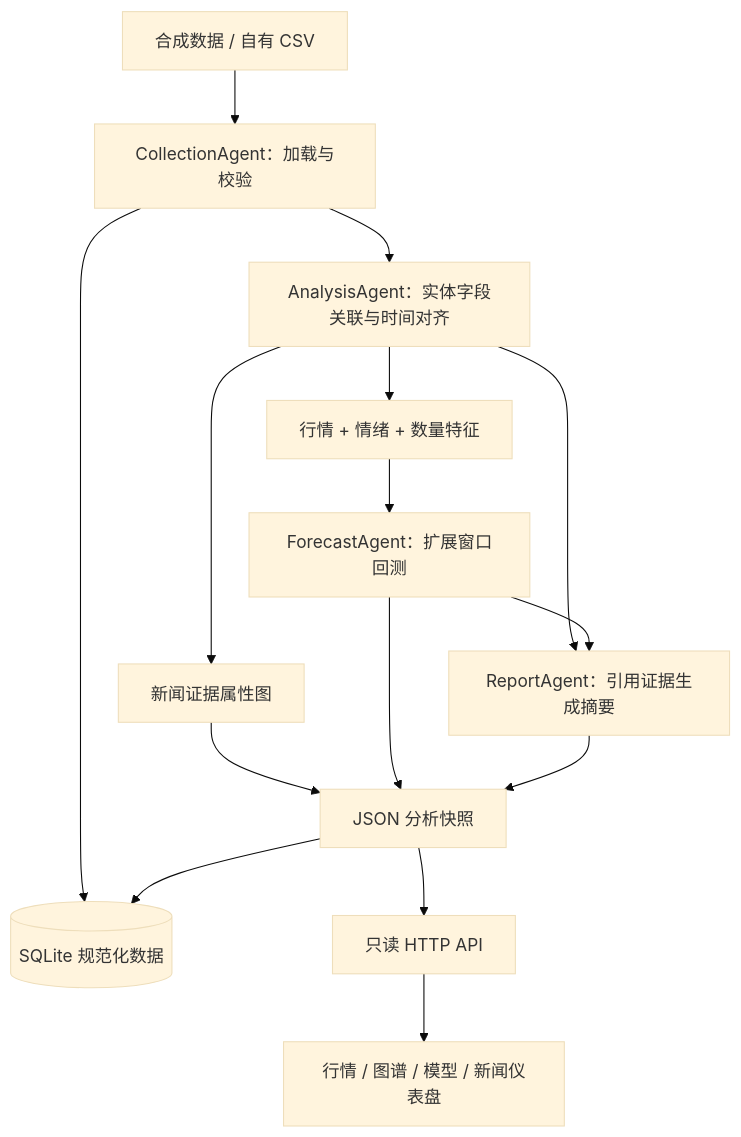
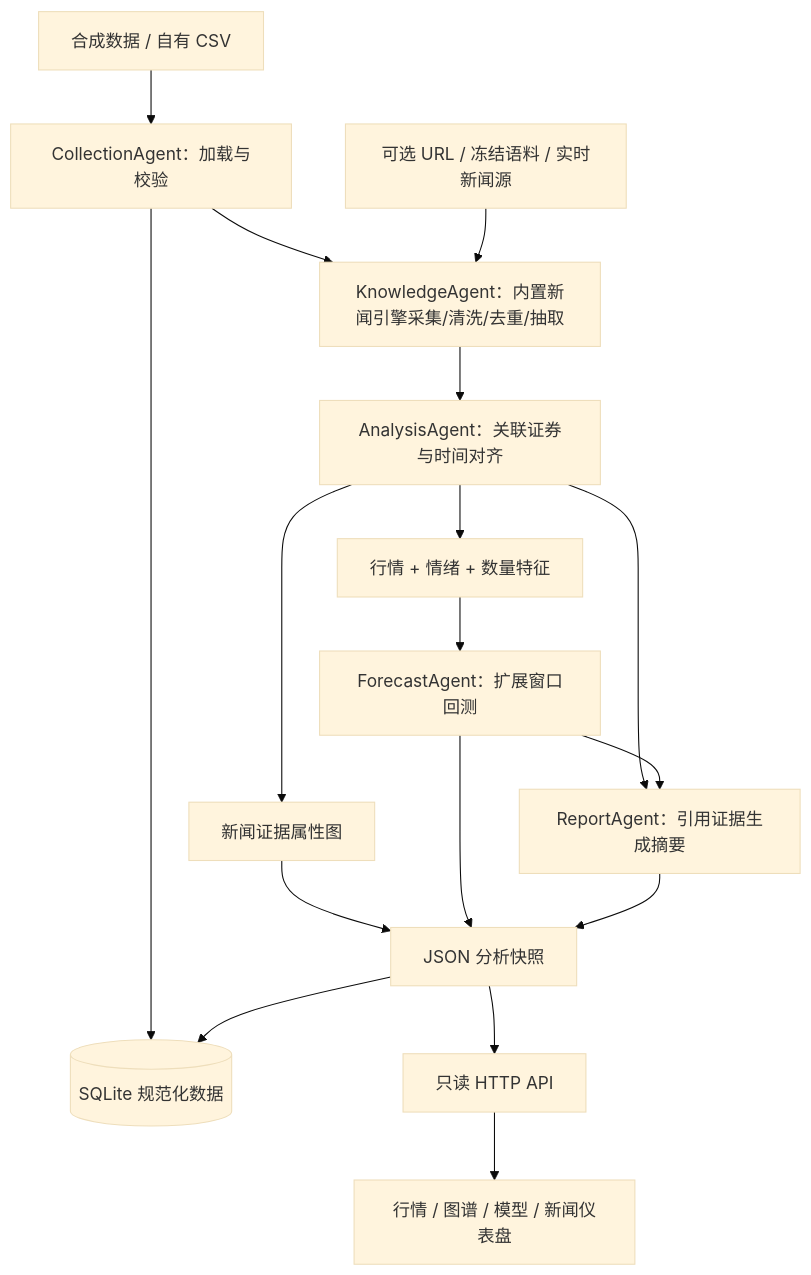
Before and after one commit to oQAQo233/StockSage: the diagram in docs/架构与接口.md, drawn with Mermaid (base theme). The commit also changed other lines of this file and 209 other files, not shown here.

Commit message:
refactor(kg): 将知识图谱合并至项目源代码

````diff
--- a/docs/架构与接口.md
+++ b/docs/架构与接口.md
@@ -5,17 +5,19 @@
 ```mermaid
 flowchart TD
     A[合成数据 / 自有 CSV] --> B[CollectionAgent：加载与校验]
-    B --> C[AnalysisAgent：实体字段关联与时间对齐]
+    B --> N[KnowledgeAgent：内置新闻引擎采集/清洗/去重/抽取]
+    S[可选 URL / 冻结语料 / 实时新闻源] --> N
+    N --> C[AnalysisAgent：关联证券与时间对齐]
     C --> D[行情 + 情绪 + 数量特征]
     C --> E[新闻证据属性图]
     D --> F[ForecastAgent：扩展窗口回测]
     C --> G[ReportAgent：引用证据生成摘要]
     F --> G
     B --> H[(SQLite 规范化数据)]
     E --> I[JSON 分析快照]
     F --> I
     G --> I
     I --> H
     I --> J[只读 HTTP API]
     J --> K[行情 / 图谱 / 模型 / 新闻仪表盘]
 ```
````
